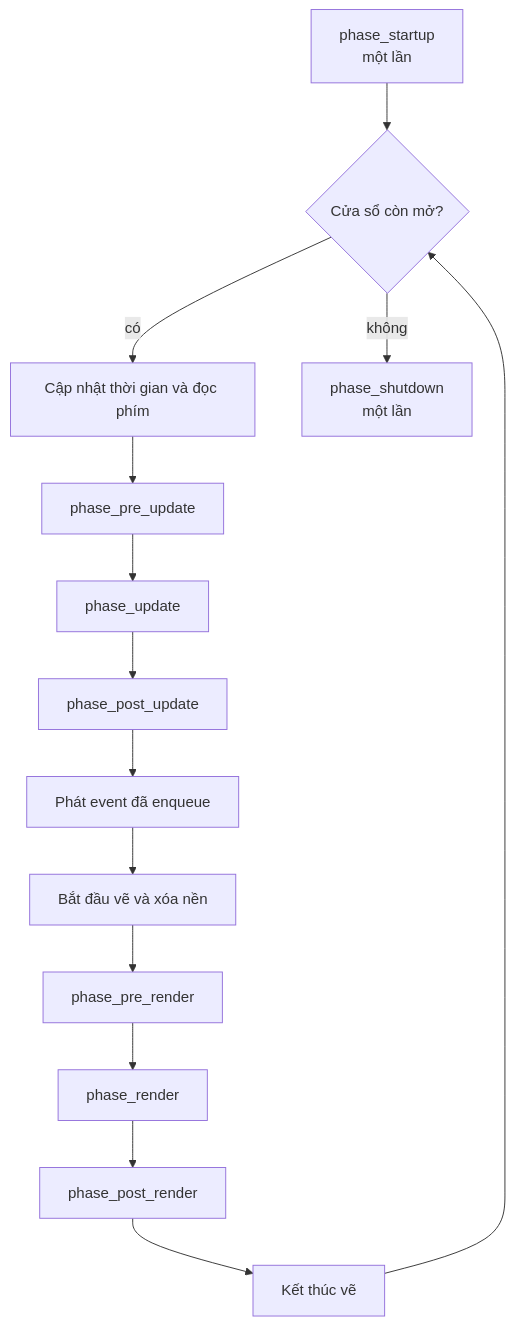
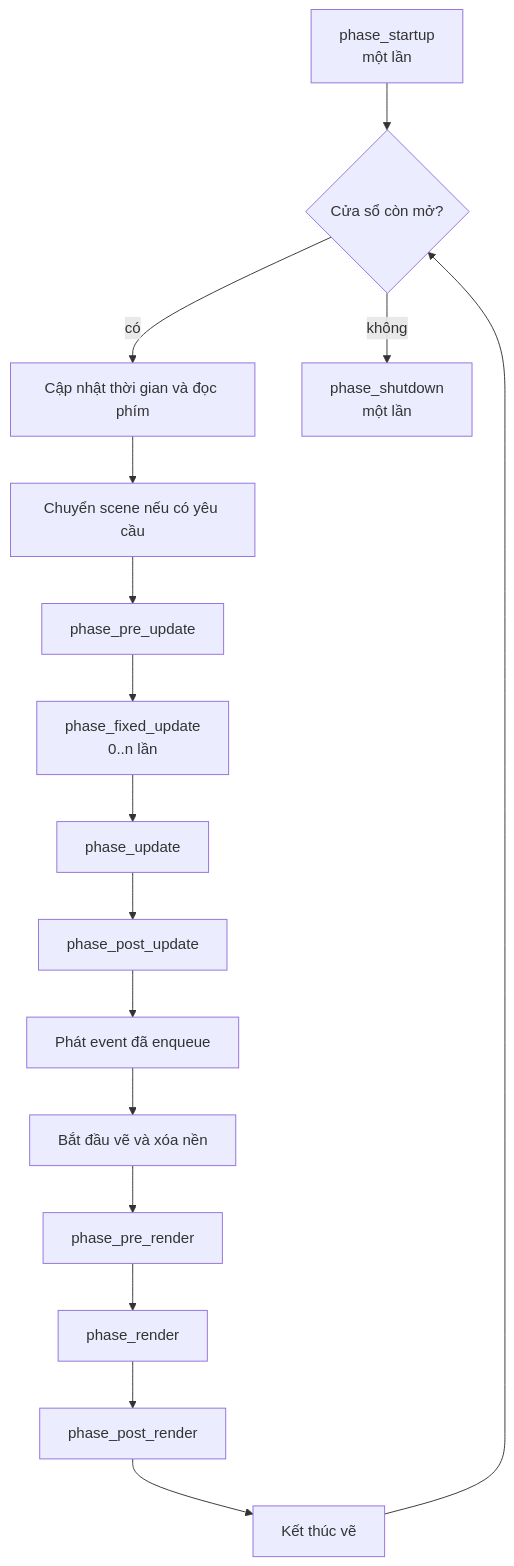
One commit to tptindev/njin changed the diagram in docs/pages/game_loop.md. Above: the diagram before and after it, drawn with Mermaid. The commit also changed other lines of this file and 24 other files, not shown here.

````diff
--- a/docs/pages/game_loop.md
+++ b/docs/pages/game_loop.md
@@ -5,16 +5,18 @@
 ```mermaid
 flowchart TD
   S[phase_startup<br/>một lần] --> L{Cửa sổ còn mở?}
   L -- có --> T[Cập nhật thời gian và đọc phím]
-  T --> U1[phase_pre_update]
-  U1 --> U2[phase_update]
+  T --> SC[Chuyển scene nếu có yêu cầu]
+  SC --> U1[phase_pre_update]
+  U1 --> FX[phase_fixed_update<br/>0..n lần]
+  FX --> U2[phase_update]
   U2 --> U3[phase_post_update]
   U3 --> E[Phát event đã enqueue]
   E --> B[Bắt đầu vẽ và xóa nền]
   B --> R1[phase_pre_render]
   R1 --> R2[phase_render]
   R2 --> R3[phase_post_render]
   R3 --> X[Kết thúc vẽ]
   X --> L
   L -- không --> D[phase_shutdown<br/>một lần]
 ```
````
